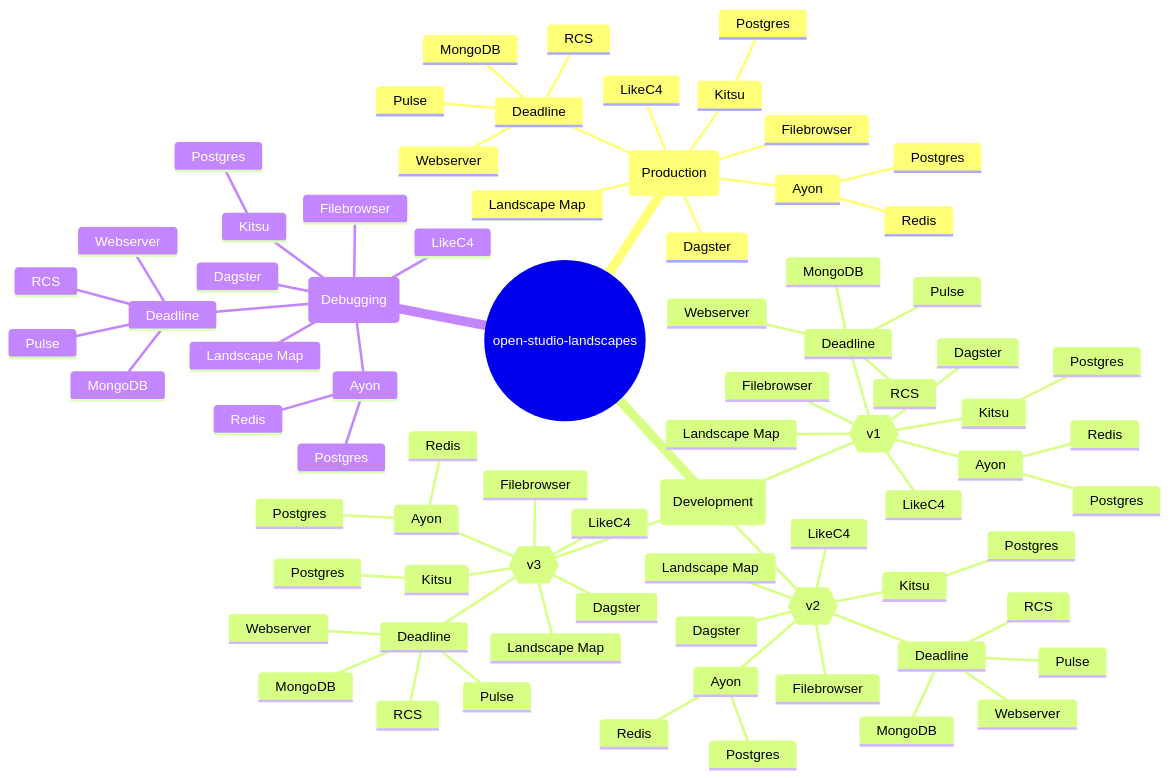
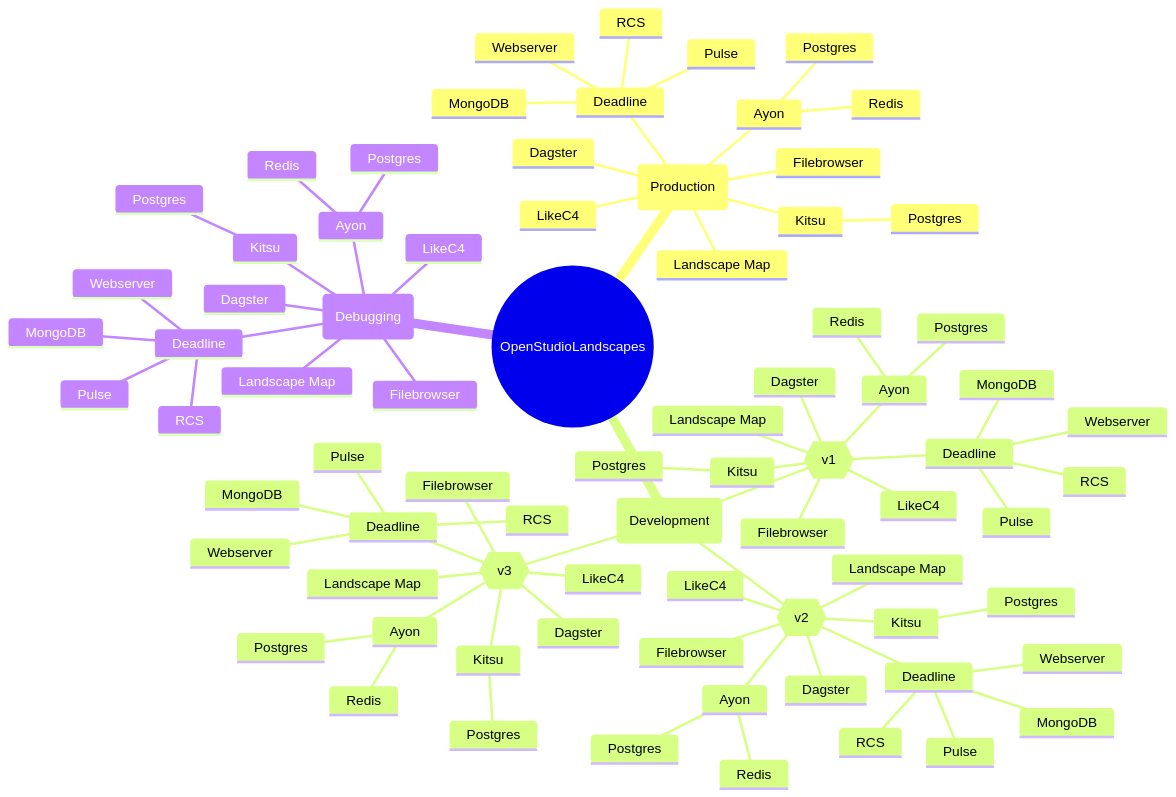
Before and after one commit to michimussato/OpenStudioLandscapes: the second of 3 diagrams in README.md, drawn with Mermaid. The commit also changed other lines of this file, not shown here.

````diff
--- a/README.md
+++ b/README.md
@@ -193,81 +193,81 @@
 ```mermaid
 %% https://mermaid-js.github.io/mermaid-live-editor
 mindmap
-root((open-studio-landscapes))
+root((OpenStudioLandscapes))
     Landscape(Production)
       Deadline
           RCS
           Webserver
           Pulse
           MongoDB
       Ayon
           Redis
           Postgres
       Kitsu
           Postgres
       Dagster
       LikeC4
       Filebrowser
       Landscape Map
     Landscape(Development)
       Version{{v1}}
         Deadline
             RCS
             Webserver
             Pulse
             MongoDB
         Ayon
             Redis
             Postgres
         Kitsu
             Postgres
         Dagster
         LikeC4
         Filebrowser
         Landscape Map
       Version{{v2}}
         Deadline
             RCS
             Webserver
             Pulse
             MongoDB
         Ayon
             Redis
             Postgres
         Kitsu
             Postgres
         Dagster
         LikeC4
         Filebrowser
         Landscape Map
       Version{{v3}}
         Deadline
             RCS
             Webserver
             Pulse
             MongoDB
         Ayon
             Redis
             Postgres
         Kitsu
             Postgres
         Dagster
         LikeC4
         Filebrowser
         Landscape Map
     Landscape(Debugging)
       Deadline
           RCS
           Webserver
           Pulse
           MongoDB
       Ayon
           Redis
           Postgres
       Kitsu
           Postgres
       Dagster
       LikeC4
       Filebrowser
       Landscape Map
 ```
````
